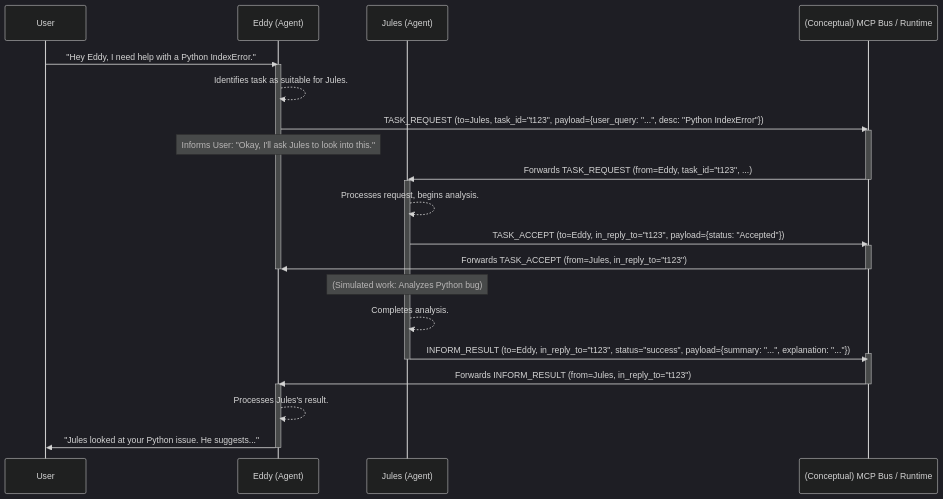
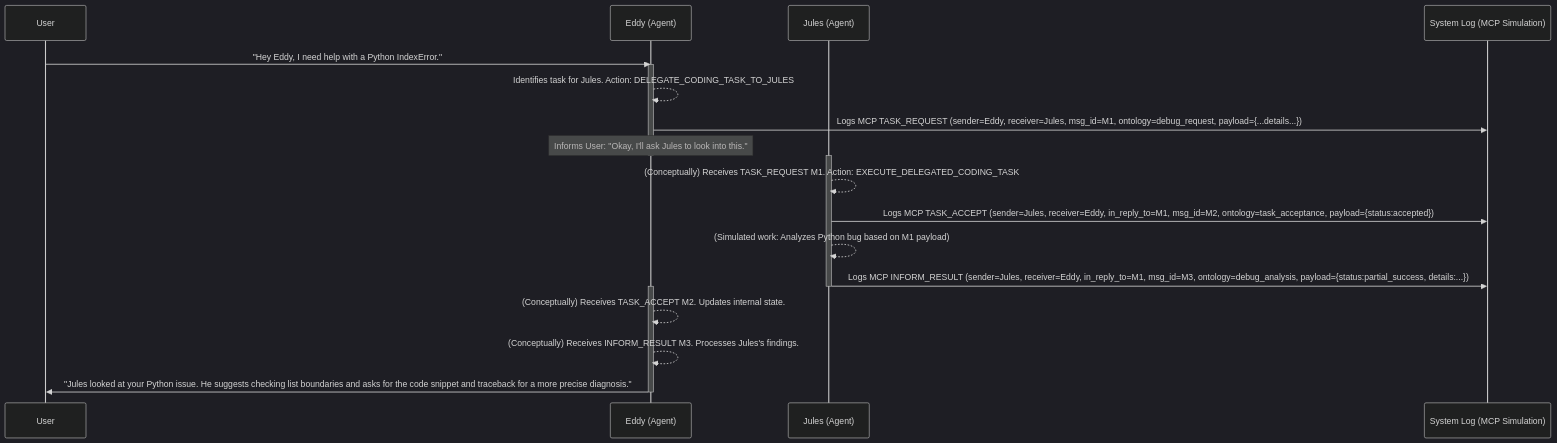
Before and after one commit to zaebee/agents: the diagram in README.md, drawn with Mermaid (dark theme). The commit also changed other lines of this file and 3 other files, not shown here.

First line of the commit message:
Advance MCP PoC with refined performatives and simulated transport

````diff
--- a/README.md
+++ b/README.md
@@ -67,34 +78,30 @@
 ```mermaid
 sequenceDiagram
     participant User
     participant Eddy as Eddy (Agent)
     participant Jules as Jules (Agent)
-    participant ElizaOS_MCP_Bus as (Conceptual) MCP Bus / Runtime
+    participant User
+    participant Eddy as Eddy (Agent)
+    participant Jules as Jules (Agent)
+    participant SystemLog as System Log (MCP Simulation)
 
     User->>Eddy: "Hey Eddy, I need help with a Python IndexError."
     activate Eddy
-    Eddy-->>Eddy: Identifies task as suitable for Jules.
-    Eddy->>ElizaOS_MCP_Bus: TASK_REQUEST (to=Jules, task_id="t123", payload={user_query: "...", desc: "Python IndexError"})
-    activate ElizaOS_MCP_Bus
+    Eddy-->>Eddy: Identifies task for Jules. Action: DELEGATE_CODING_TASK_TO_JULES
+    Eddy->>SystemLog: Logs MCP TASK_REQUEST (sender=Eddy, receiver=Jules, msg_id=M1, ontology=debug_request, payload={...details...})
     Note over Eddy: Informs User: "Okay, I'll ask Jules to look into this."
-    ElizaOS_MCP_Bus->>Jules: Forwards TASK_REQUEST (from=Eddy, task_id="t123", ...)
-    deactivate ElizaOS_MCP_Bus
+    deactivate Eddy
+
     activate Jules
-    Jules-->>Jules: Processes request, begins analysis.
-    Jules->>ElizaOS_MCP_Bus: TASK_ACCEPT (to=Eddy, in_reply_to="t123", payload={status: "Accepted"})
-    activate ElizaOS_MCP_Bus
-    ElizaOS_MCP_Bus->>Eddy: Forwards TASK_ACCEPT (from=Jules, in_reply_to="t123")
-    deactivate ElizaOS_MCP_Bus
-    deactivate Eddy
-    Note over Jules: (Simulated work: Analyzes Python bug)
-    Jules-->>Jules: Completes analysis.
-    Jules->>ElizaOS_MCP_Bus: INFORM_RESULT (to=Eddy, in_reply_to="t123", status="success", payload={summary: "...", explanation: "..."})
-    activate ElizaOS_MCP_Bus
+    Jules-->>Jules: (Conceptually) Receives TASK_REQUEST M1. Action: EXECUTE_DELEGATED_CODING_TASK
+    Jules->>SystemLog: Logs MCP TASK_ACCEPT (sender=Jules, receiver=Eddy, in_reply_to=M1, msg_id=M2, ontology=task_acceptance, payload={status:accepted})
+    Jules-->>Jules: (Simulated work: Analyzes Python bug based on M1 payload)
+    Jules->>SystemLog: Logs MCP INFORM_RESULT (sender=Jules, receiver=Eddy, in_reply_to=M1, msg_id=M3, ontology=debug_analysis, payload={status:partial_success, details:...})
     deactivate Jules
-    ElizaOS_MCP_Bus->>Eddy: Forwards INFORM_RESULT (from=Jules, in_reply_to="t123")
-    deactivate ElizaOS_MCP_Bus
+
     activate Eddy
-    Eddy-->>Eddy: Processes Jules's result.
-    Eddy->>User: "Jules looked at your Python issue. He suggests..."
+    Eddy-->>Eddy: (Conceptually) Receives TASK_ACCEPT M2. Updates internal state.
+    Eddy-->>Eddy: (Conceptually) Receives INFORM_RESULT M3. Processes Jules's findings.
+    Eddy->>User: "Jules looked at your Python issue. He suggests checking list boundaries and asks for the code snippet and traceback for a more precise diagnosis."
     deactivate Eddy
 ```
````
